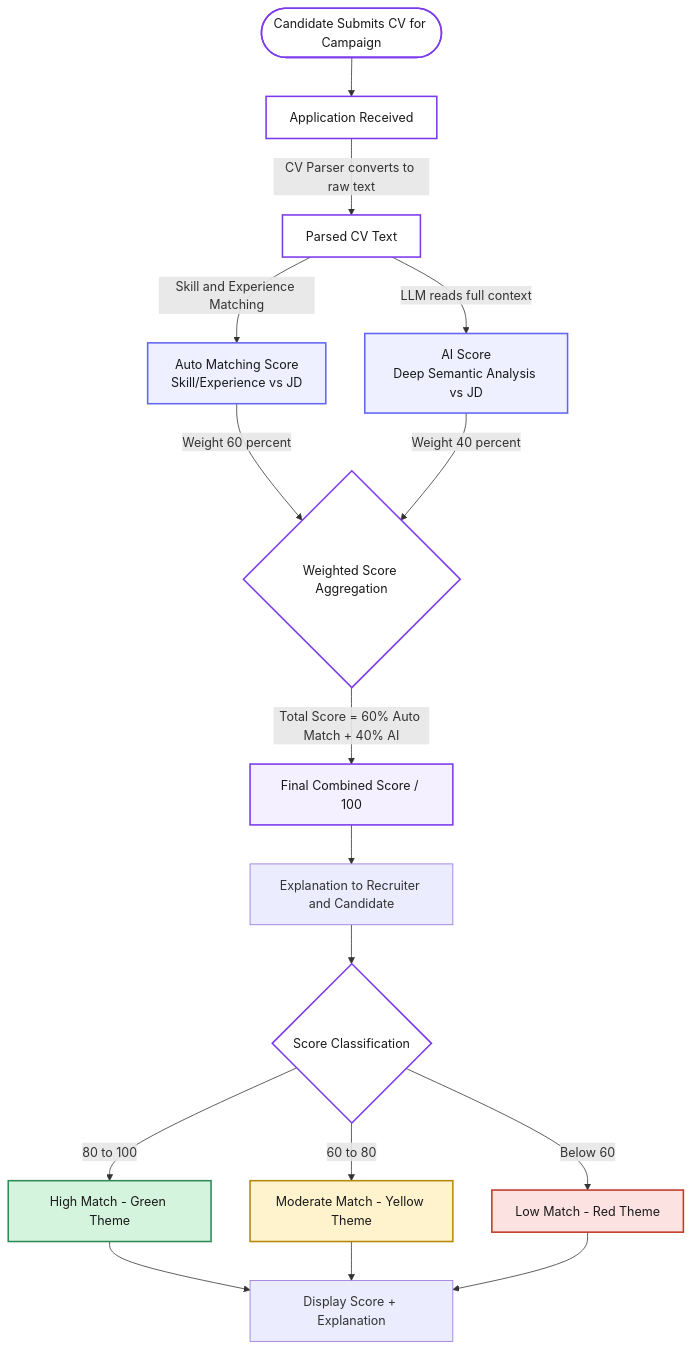
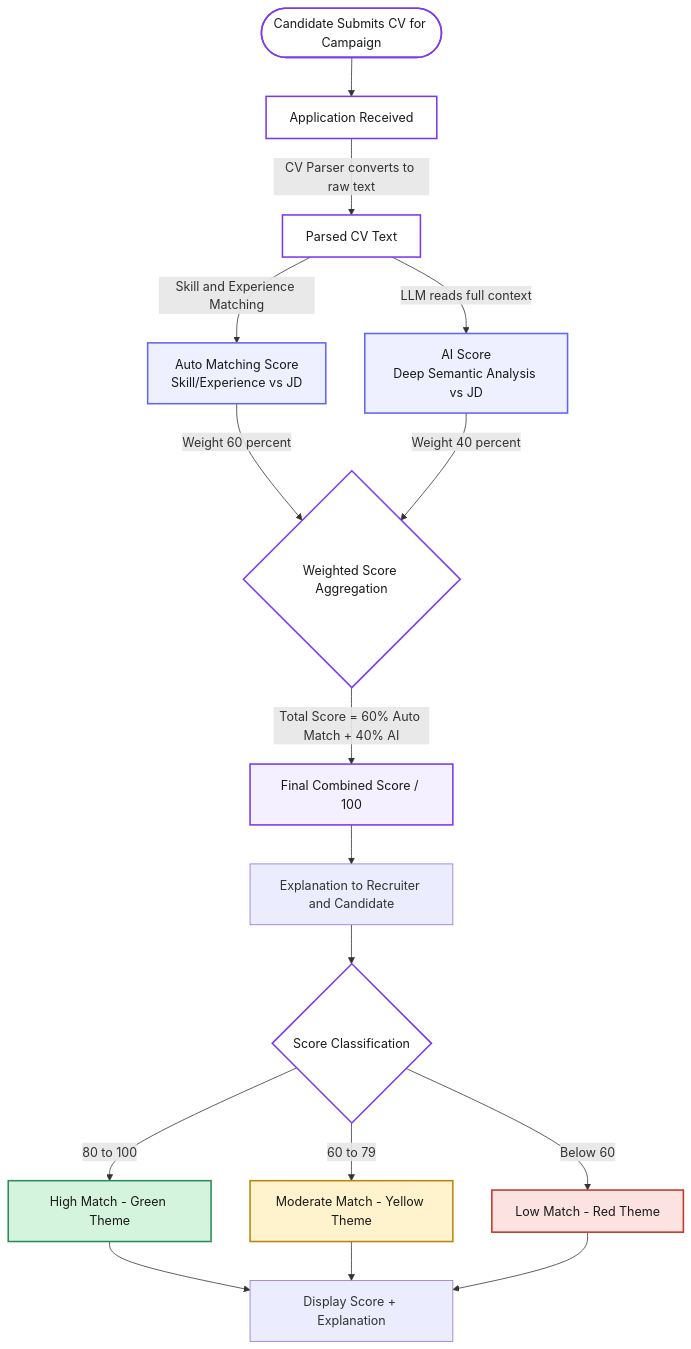
One commit to quocuy0112/Software-Engineering---Group-9 changed the second of 3 diagrams in docs/vision_document.md. Above: the diagram before and after it, drawn with Mermaid. The commit also changed other lines of this file and 2 other files, not shown here.

````diff
--- a/docs/vision_document.md
+++ b/docs/vision_document.md
@@ -511,38 +539,38 @@
 ```mermaid
 flowchart TD
     Start([Candidate Submits CV for Campaign]) --> Submitted[Application Received]
     Submitted -->|CV Parser converts to raw text| Parsed[Parsed CV Text]
 
     Parsed -->|Skill and Experience Matching| AutoScore[Auto Matching Score<br/>Skill/Experience vs JD]
     Parsed -->|LLM reads full context| AIScore[AI Score<br/>Deep Semantic Analysis vs JD]
 
     AutoScore -->|Weight 60 percent| Combine{Weighted Score Aggregation}
     AIScore -->|Weight 40 percent| Combine
 
     Combine -->|Total Score = 60% Auto Match + 40% AI| FinalScore[Final Combined Score / 100]
 
     FinalScore --> Explanation[Explanation to Recruiter and Candidate]
     Explanation --> Classify{Score Classification}
 
     Classify -->|80 to 100| Green[High Match - Green Theme]
-    Classify -->|60 to 80| Yellow[Moderate Match - Yellow Theme]
+    Classify -->|60 to 79| Yellow[Moderate Match - Yellow Theme]
     Classify -->|Below 60| Red[Low Match - Red Theme]
 
     Green --> Display[Display Score + Explanation]
     Yellow --> Display
     Red --> Display
 
     style Start fill:#ffffff,stroke:#7c3aed,stroke-width:2px,color:#1a1a1a
     style Submitted fill:#ffffff,stroke:#7c3aed,stroke-width:2px,color:#1a1a1a
     style Parsed fill:#ffffff,stroke:#7c3aed,stroke-width:2px,color:#1a1a1a
     style Combine fill:#ffffff,stroke:#7c3aed,stroke-width:2px,color:#1a1a1a
     style Classify fill:#ffffff,stroke:#7c3aed,stroke-width:2px,color:#1a1a1a
 
     style AutoScore fill:#eef0ff,stroke:#6366f1,stroke-width:2px,color:#1a1a1a
     style AIScore fill:#eef0ff,stroke:#6366f1,stroke-width:2px,color:#1a1a1a
     style FinalScore fill:#f5f0ff,stroke:#7c3aed,stroke-width:2px,color:#1a1a1a
 
     style Green fill:#d4f4dd,stroke:#2e8b57,stroke-width:2px,color:#1a1a1a
     style Yellow fill:#fff3cd,stroke:#b8860b,stroke-width:2px,color:#1a1a1a
     style Red fill:#fde2e2,stroke:#c0392b,stroke-width:2px,color:#1a1a1a
 ```
````
